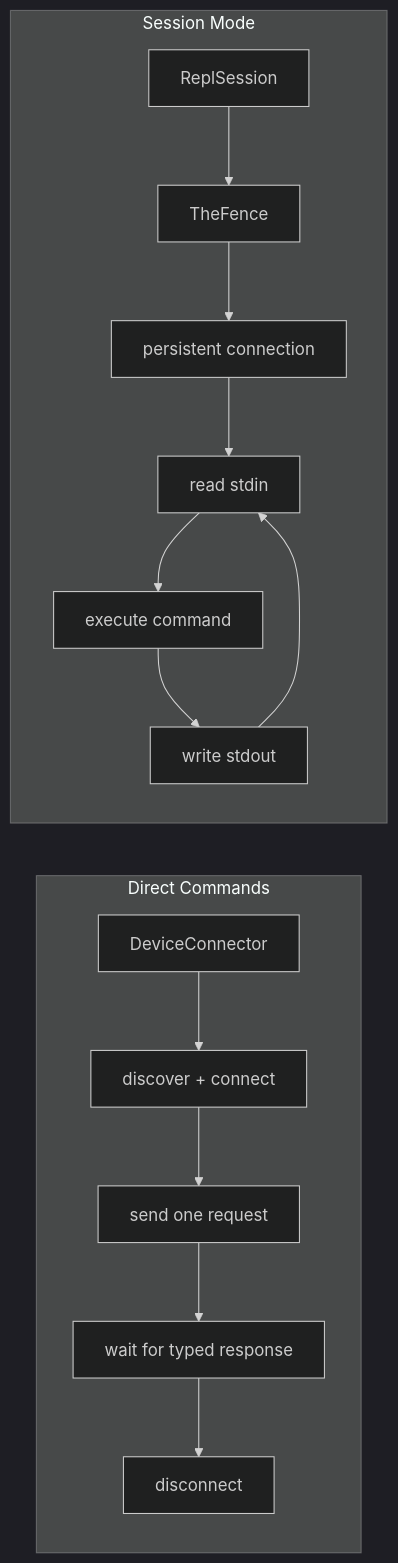
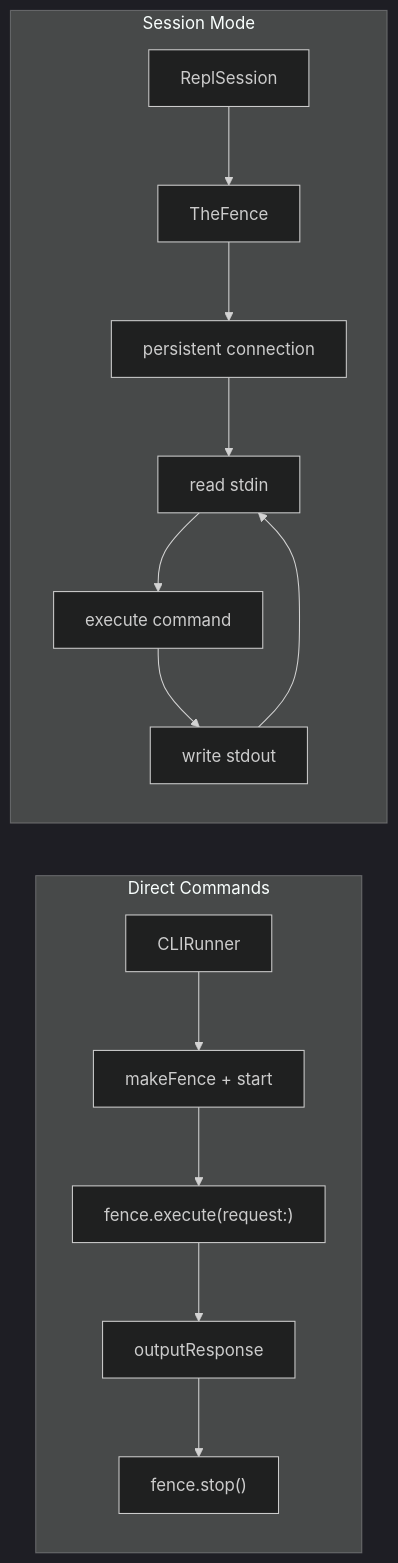
Before and after one commit to RoyalPineapple/TheButtonHeist: the second of 2 diagrams in docs/dossiers/11-CLI.md, drawn with Mermaid (dark theme). The commit also changed other lines of this file and 17 other files, not shown here.

````diff
--- a/docs/dossiers/11-CLI.md
+++ b/docs/dossiers/11-CLI.md
@@ -70,18 +70,18 @@
 ```mermaid
 flowchart LR
     subgraph Direct["Direct Commands"]
-        D1["DeviceConnector"] --> D2["discover + connect"]
-        D2 --> D3["send one request"]
-        D3 --> D4["wait for typed response"]
-        D4 --> D5["disconnect"]
+        D1["CLIRunner"] --> D2["makeFence + start"]
+        D2 --> D3["fence.execute(request:)"]
+        D3 --> D4["outputResponse"]
+        D4 --> D5["fence.stop()"]
     end
 
     subgraph Session["Session Mode"]
         S1["ReplSession"] --> S2["TheFence"]
         S2 --> S3["persistent connection"]
         S3 --> S4["read stdin"]
         S4 --> S5["execute command"]
         S5 --> S6["write stdout"]
         S6 --> S4
     end
 ```
````
